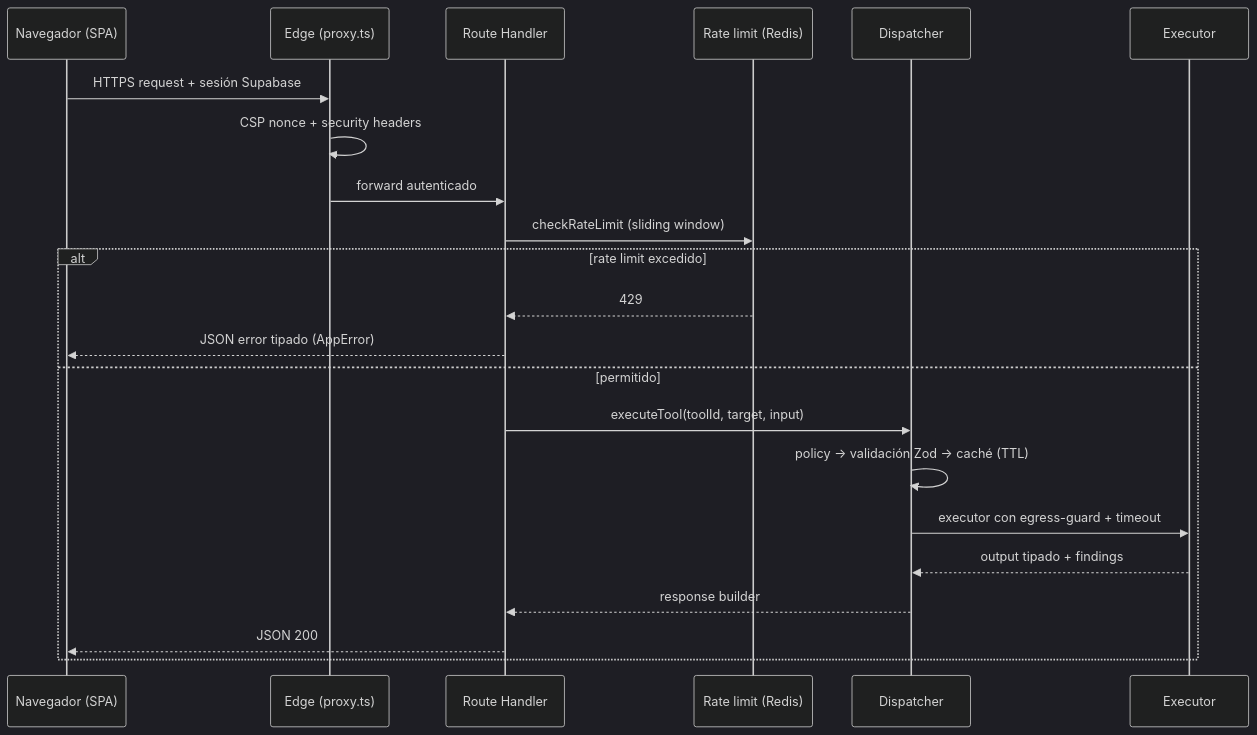
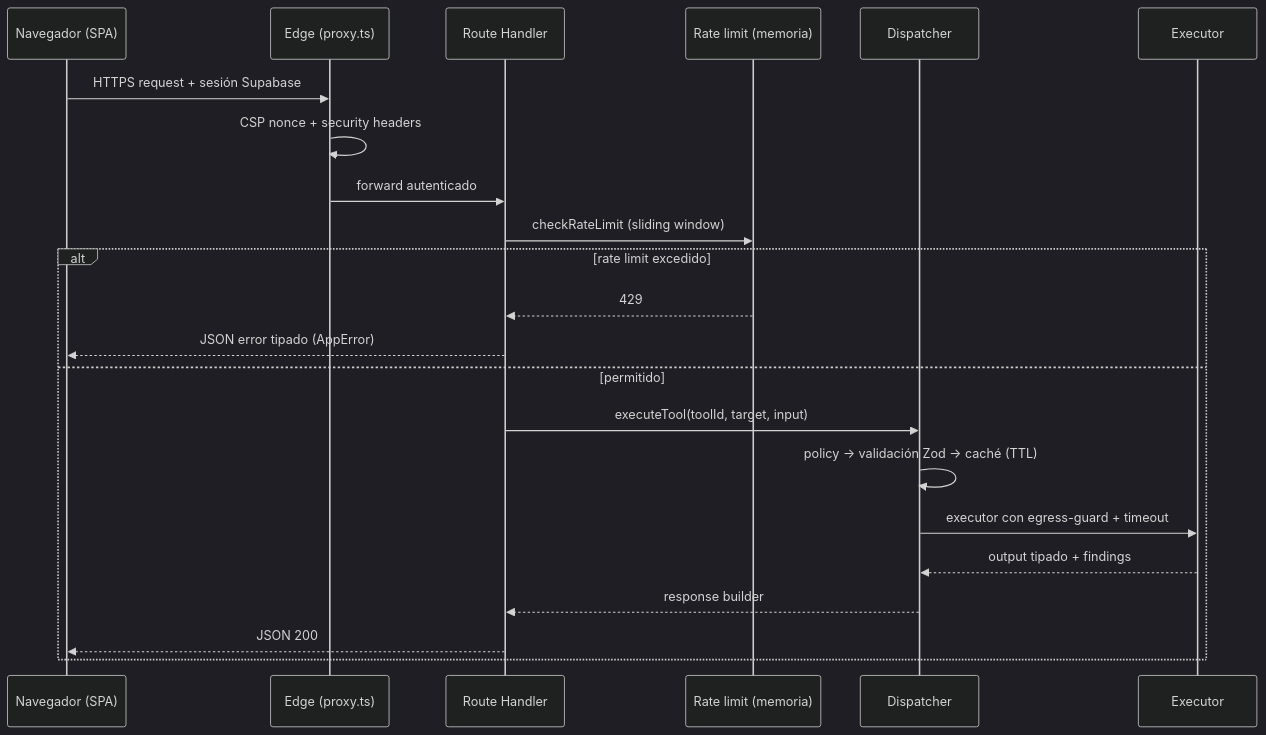
The eighth of 8 diagrams in docs/architecture/ENTERPRISE-ARCHITECTURE.md (StrategicConnex/StrategicConnexAudit), drawn with Mermaid (dark theme) before and after one commit. The commit also changed other lines of this file and 67 other files, not shown here.

````diff
--- a/docs/architecture/ENTERPRISE-ARCHITECTURE.md
+++ b/docs/architecture/ENTERPRISE-ARCHITECTURE.md
@@ -663,25 +648,25 @@
 ```mermaid
 sequenceDiagram
     participant B as Navegador (SPA)
     participant E as Edge (proxy.ts)
     participant H as Route Handler
-    participant R as Rate limit (Redis)
+    participant R as Rate limit (memoria)
     participant D as Dispatcher
     participant X as Executor
 
     B->>E: HTTPS request + sesión Supabase
     E->>E: CSP nonce + security headers
     E->>H: forward autenticado
     H->>R: checkRateLimit (sliding window)
     alt rate limit excedido
         R-->>H: 429
         H-->>B: JSON error tipado (AppError)
     else permitido
         H->>D: executeTool(toolId, target, input)
         D->>D: policy → validación Zod → caché (TTL)
         D->>X: executor con egress-guard + timeout
         X-->>D: output tipado + findings
         D-->>H: response builder
         H-->>B: JSON 200
     end
 ```
````
